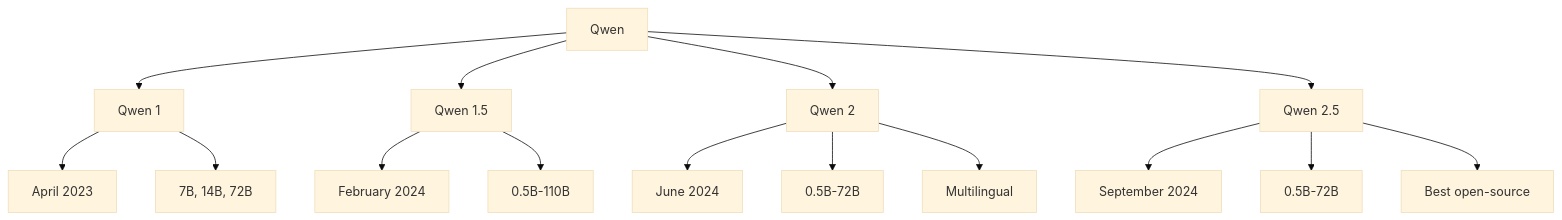
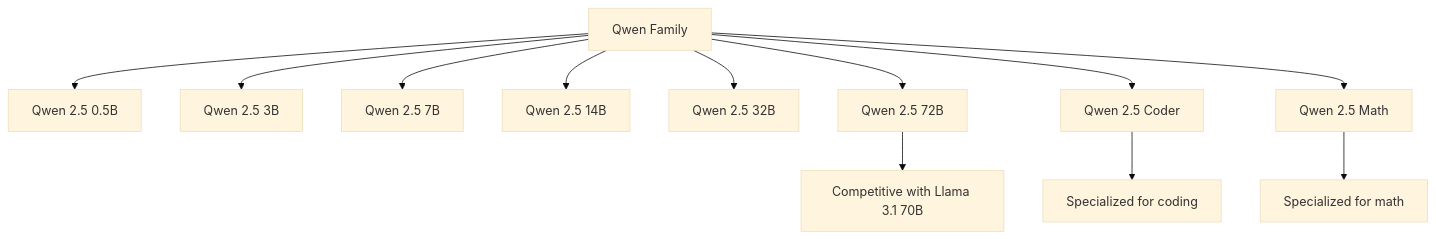
Before and after one commit to vanos001/placement_prep: the first of 2 diagrams in src/llm/sota/qwen.md, drawn with Mermaid (base theme). The commit also changed other lines of this file and 2 other files, not shown here.

````diff
--- a/src/llm/sota/qwen.md
+++ b/src/llm/sota/qwen.md
@@ -7,21 +9,14 @@
 ```mermaid
 graph TD
-    A[Qwen] --> B[Qwen 1]
-    A --> C[Qwen 1.5]
-    A --> D[Qwen 2]
-    A --> E[Qwen 2.5]
-    
-    B --> B1["April 2023"]
-    B --> B2["7B, 14B, 72B"]
-    
-    C --> C1["February 2024"]
-    C --> C2["0.5B-110B"]
-    
-    D --> D1["June 2024"]
-    D --> D2["0.5B-72B"]
-    D --> D3["Multilingual"]
-    
-    E --> E1["September 2024"]
-    E --> E2["0.5B-72B"]
-    E --> E3["Best open-source"]
+    A[Qwen Family] --> B[Qwen 2.5 0.5B]
+    A --> C[Qwen 2.5 3B]
+    A --> D[Qwen 2.5 7B]
+    A --> E[Qwen 2.5 14B]
+    A --> F[Qwen 2.5 32B]
+    A --> G[Qwen 2.5 72B]
+    A --> H[Qwen 2.5 Coder]
+    A --> I[Qwen 2.5 Math]
+    G --> G1[Competitive with Llama 3.1 70B]
+    H --> H1[Specialized for coding]
+    I --> I1[Specialized for math]
 ```
````
